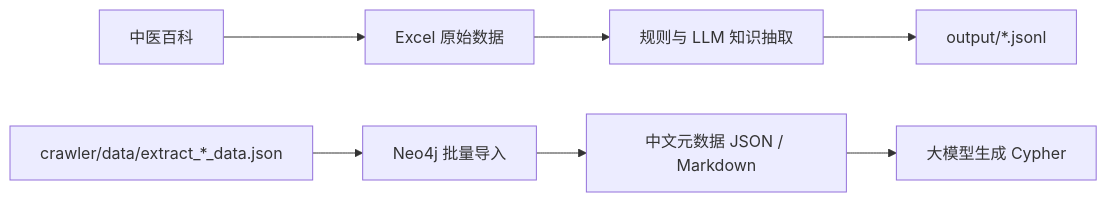
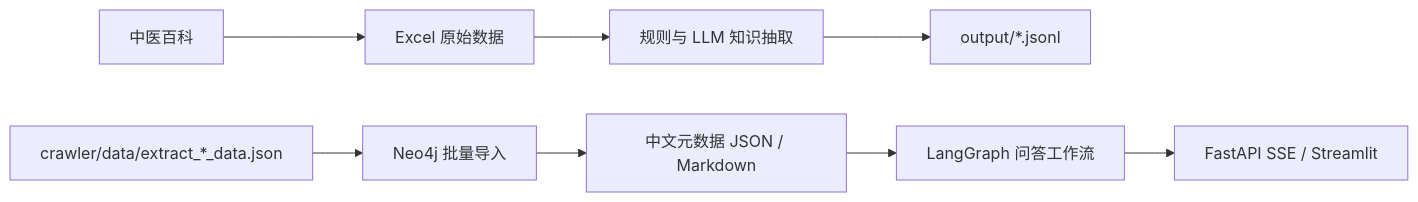
The diagram in README.md (zhongzubin/Chinese_medicine_knowledgegraph), drawn with Mermaid before and after one commit. The commit also changed other lines of this file and 5 other files, not shown here.

Commit message:
docs(graph_qa): synchronize current M1-M4 status

````diff
--- a/README.md
+++ b/README.md
@@ -14,9 +18,10 @@
 ```mermaid
 flowchart LR
     A[中医百科] --> B[Excel 原始数据]
     B --> C[规则与 LLM 知识抽取]
     C --> D[output/*.jsonl]
     E[crawler/data/extract_*_data.json] --> F[Neo4j 批量导入]
     F --> G[中文元数据 JSON / Markdown]
-    G --> H[大模型生成 Cypher]
+    G --> H[LangGraph 问答工作流]
+    H --> I[FastAPI SSE / Streamlit]
 ```
````
